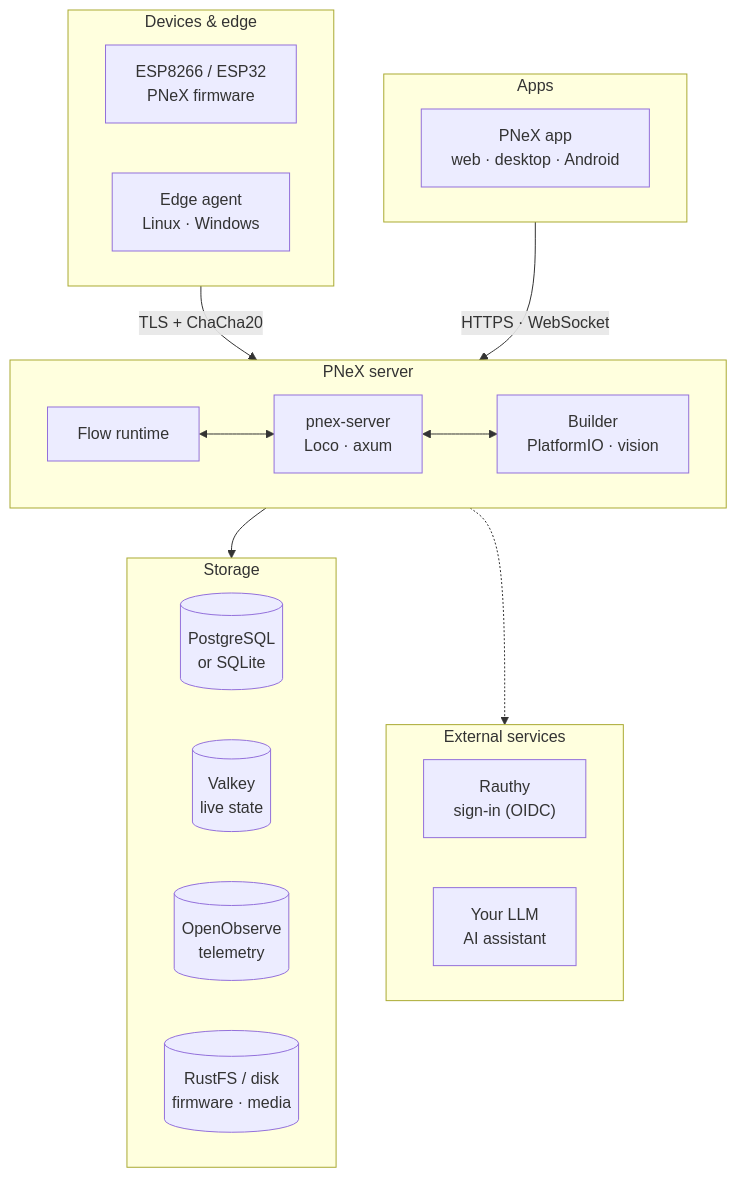
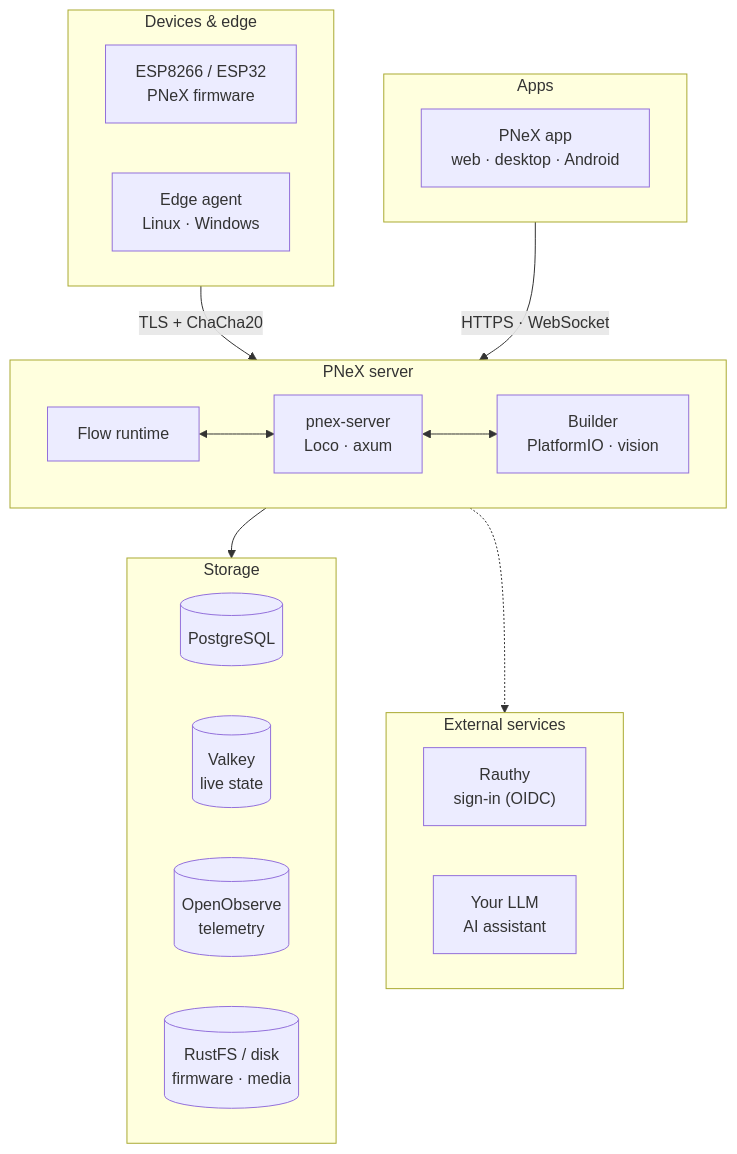
The diagram in README.md (Pnex/pnex-rs), drawn with Mermaid before and after one commit. The commit also changed other lines of this file and 49 other files, not shown here.

````diff
--- a/README.md
+++ b/README.md
@@ -114,40 +113,40 @@
 ```mermaid
 flowchart TB
     subgraph field["Devices &amp; edge"]
         direction LR
         dev["ESP8266 / ESP32<br/>PNeX firmware"]
         agent["Edge agent<br/>Linux · Windows"]
     end
 
     subgraph clients["Apps"]
         direction LR
         ui["PNeX app<br/>web · desktop · Android"]
     end
 
     subgraph pnex["PNeX server"]
         direction LR
         flows["Flow runtime"]
         server["pnex-server<br/>Loco · axum"]
         builder["Builder<br/>PlatformIO · vision"]
         flows <--> server <--> builder
     end
 
     subgraph storage["Storage"]
         direction LR
-        db[("PostgreSQL<br/>or SQLite")]
+        db[("PostgreSQL")]
         valkey[("Valkey<br/>live state")]
         o2[("OpenObserve<br/>telemetry")]
         s3[("RustFS / disk<br/>firmware · media")]
     end
 
     subgraph external["External services"]
         direction LR
         idp["Rauthy<br/>sign-in (OIDC)"]
         llm["Your LLM<br/>AI assistant"]
     end
 
     field -- "TLS + ChaCha20" --> pnex
     clients -- "HTTPS · WebSocket" --> pnex
     pnex --> storage
     pnex -.-> external
 ```
````
